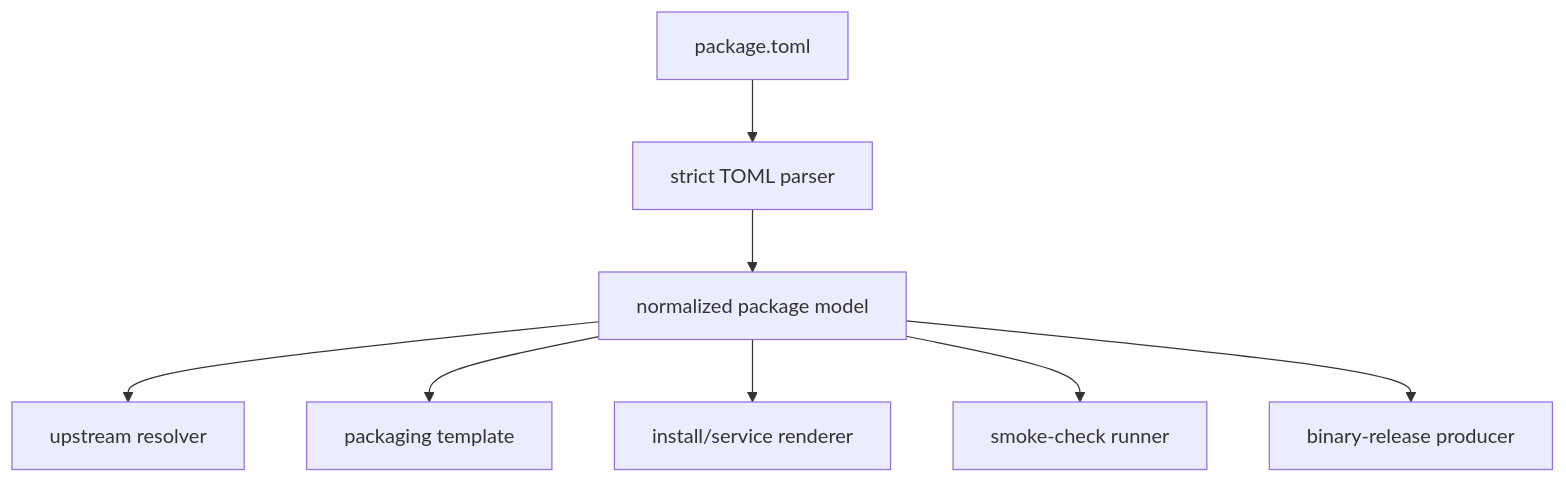
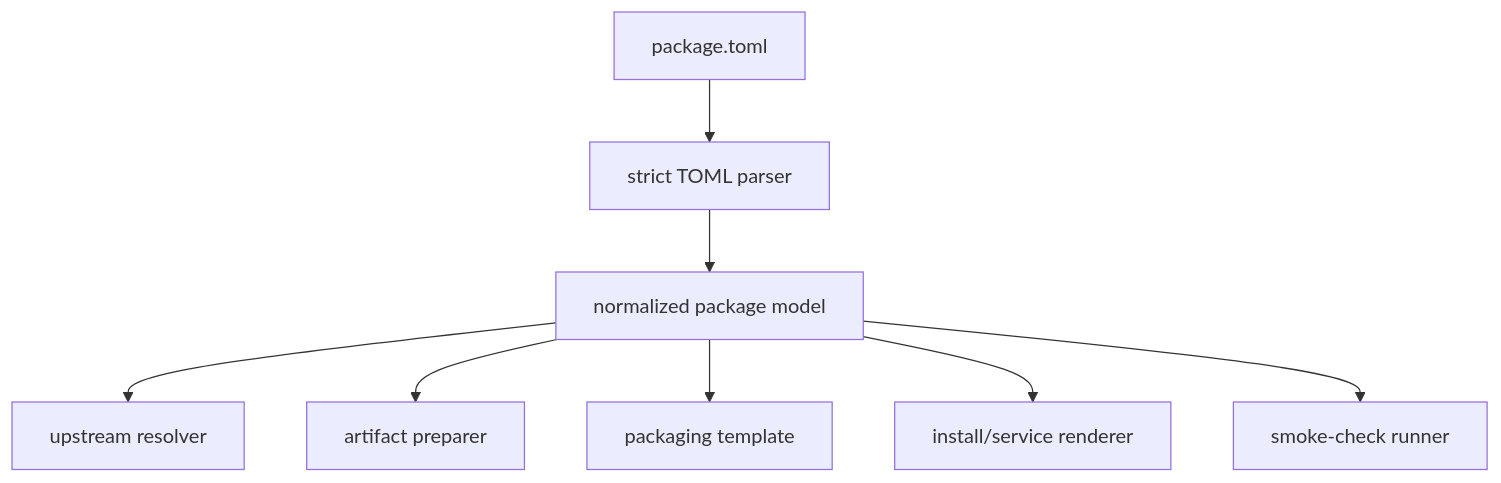
The diagram in docs/PACKAGE_FRAMEWORK.md (theorangeguo/aur-packages), drawn with Mermaid before and after one commit. The commit also changed other lines of this file and 10 other files, not shown here.

````diff
--- a/docs/PACKAGE_FRAMEWORK.md
+++ b/docs/PACKAGE_FRAMEWORK.md
@@ -214,10 +220,10 @@
 ```mermaid
 flowchart TD
     A[package.toml] --> B[strict TOML parser]
     B --> C[normalized package model]
     C --> D[upstream resolver]
+    C --> H[artifact preparer]
     C --> E[packaging template]
     C --> F[install/service renderer]
     C --> G[smoke-check runner]
-    C --> H[binary-release producer]
 ```
````
